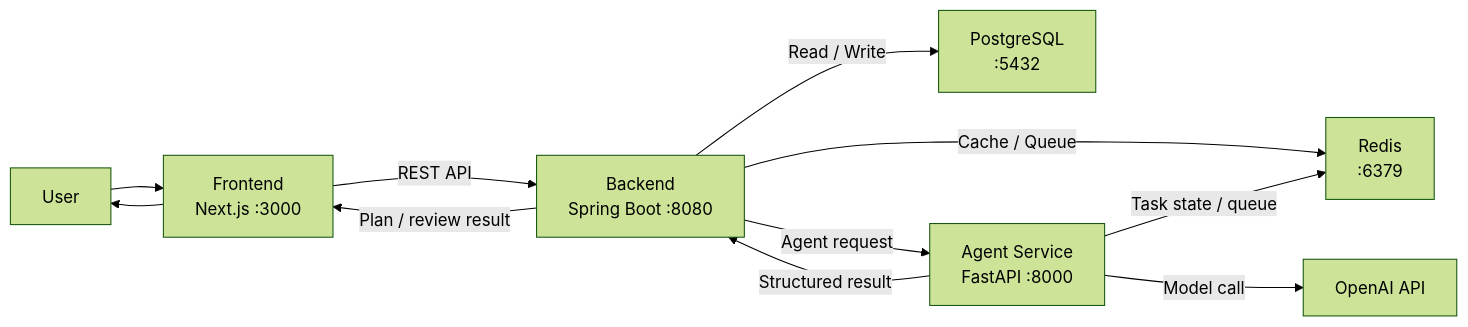
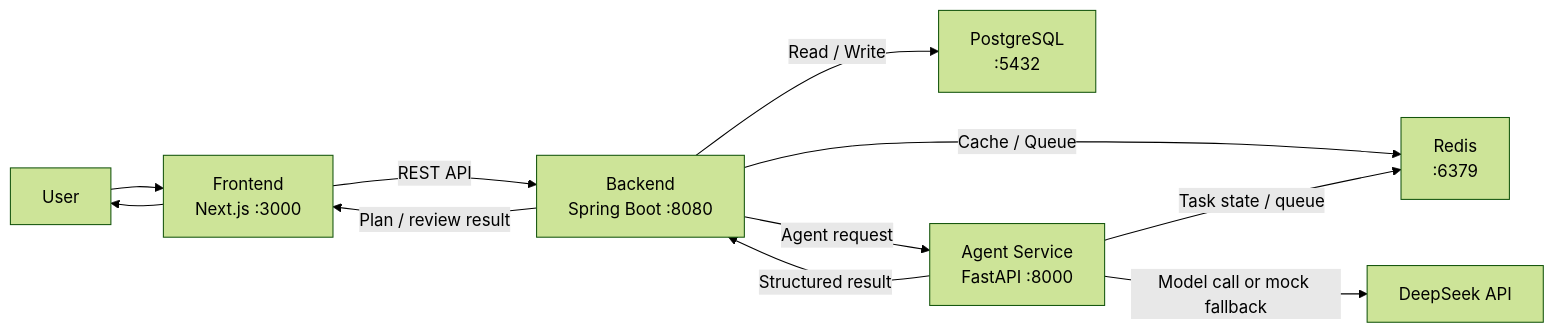
The diagram in docs/architecture.md (Fang0000420/AI-Developer-Learning-Planner), drawn with Mermaid (forest theme) before and after one commit. The commit also changed other lines of this file and 35 other files, not shown here.

````diff
--- a/docs/architecture.md
+++ b/docs/architecture.md
@@ -54,13 +58,13 @@
 ```mermaid
 flowchart LR
     U["User"] --> F["Frontend<br/>Next.js :3000"]
     F -->|"REST API"| B["Backend<br/>Spring Boot :8080"]
     B -->|"Read / Write"| DB["PostgreSQL<br/>:5432"]
     B -->|"Cache / Queue"| R["Redis<br/>:6379"]
     B -->|"Agent request"| A["Agent Service<br/>FastAPI :8000"]
-    A -->|"Model call"| O["OpenAI API"]
+    A -->|"Model call or mock fallback"| O["DeepSeek API"]
     A -->|"Task state / queue"| R
     A -->|"Structured result"| B
     B -->|"Plan / review result"| F
     F --> U
 ```
````
